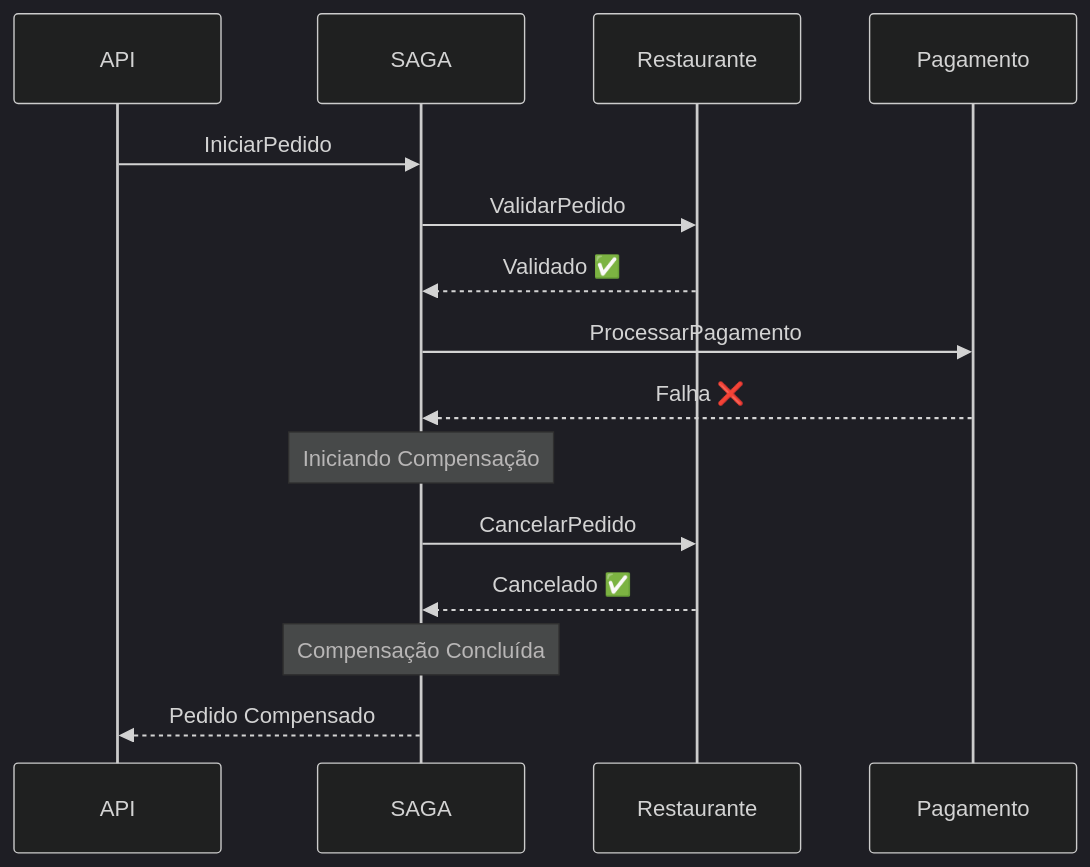
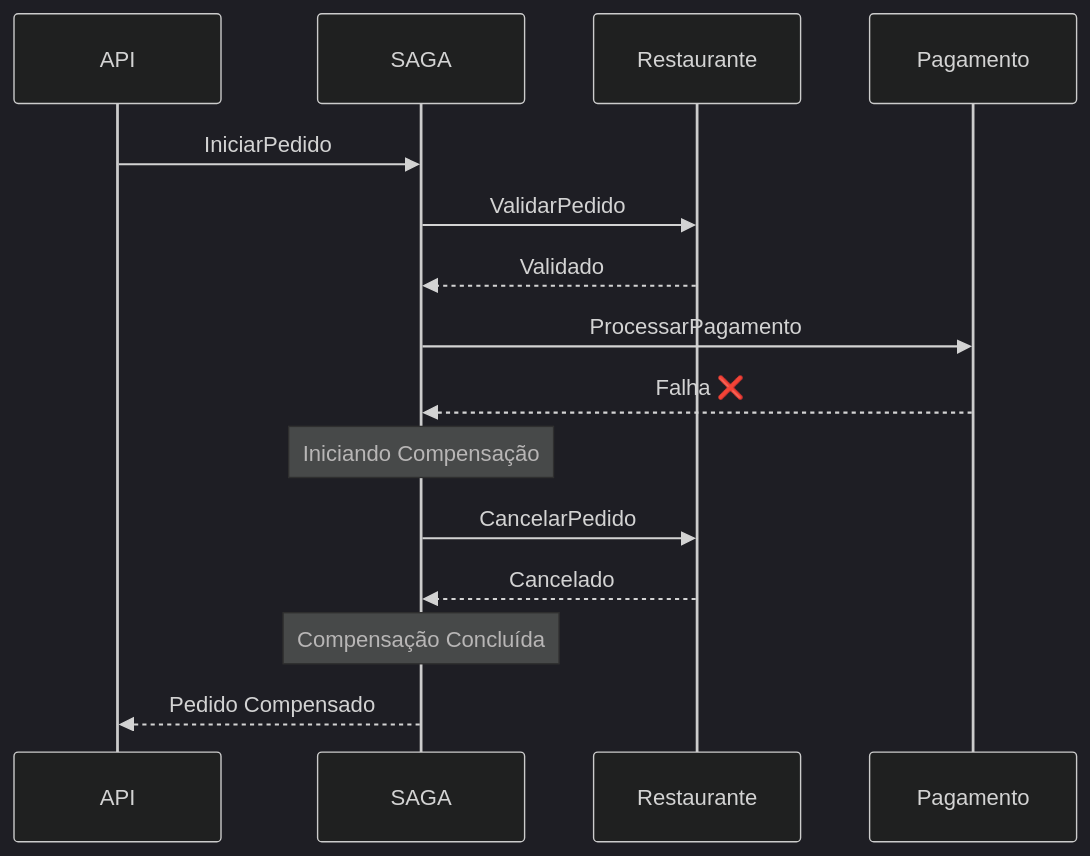
One commit to felipemarcianodev/saga-poc-dotnet changed the first of 9 diagrams in docs/diagramas-compensacao.md. Above: the diagram before and after it, drawn with Mermaid (dark theme). The commit also changed other lines of this file and 70 other files, not shown here.

````diff
--- a/docs/diagramas-compensacao.md
+++ b/docs/diagramas-compensacao.md
@@ -11,22 +11,22 @@
 ```mermaid
 sequenceDiagram
     participant API
     participant SAGA
     participant Restaurante
     participant Pagamento
 
     API->>SAGA: IniciarPedido
     SAGA->>Restaurante: ValidarPedido
-    Restaurante-->>SAGA: Validado ✅
+    Restaurante-->>SAGA: Validado
 
     SAGA->>Pagamento: ProcessarPagamento
     Pagamento-->>SAGA: Falha ❌
 
     Note over SAGA: Iniciando Compensação
 
     SAGA->>Restaurante: CancelarPedido
-    Restaurante-->>SAGA: Cancelado ✅
+    Restaurante-->>SAGA: Cancelado
 
     Note over SAGA: Compensação Concluída
     SAGA-->>API: Pedido Compensado
 ```
````
